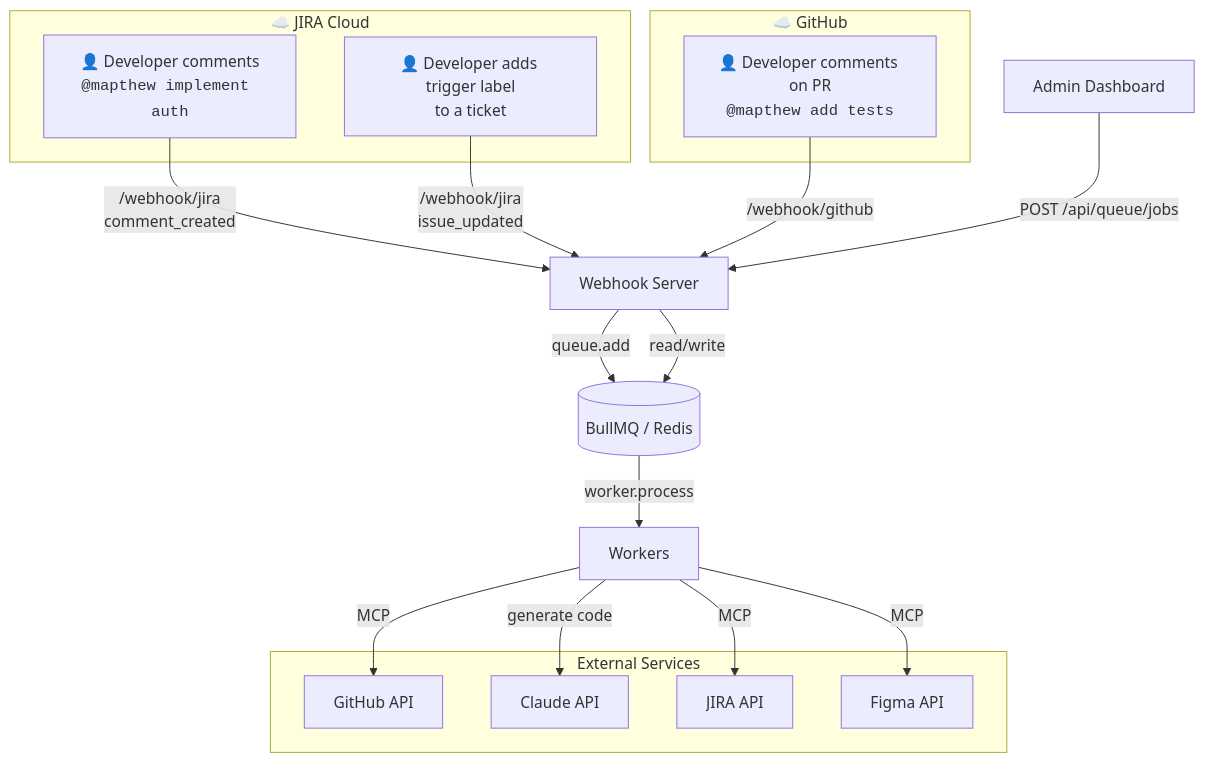
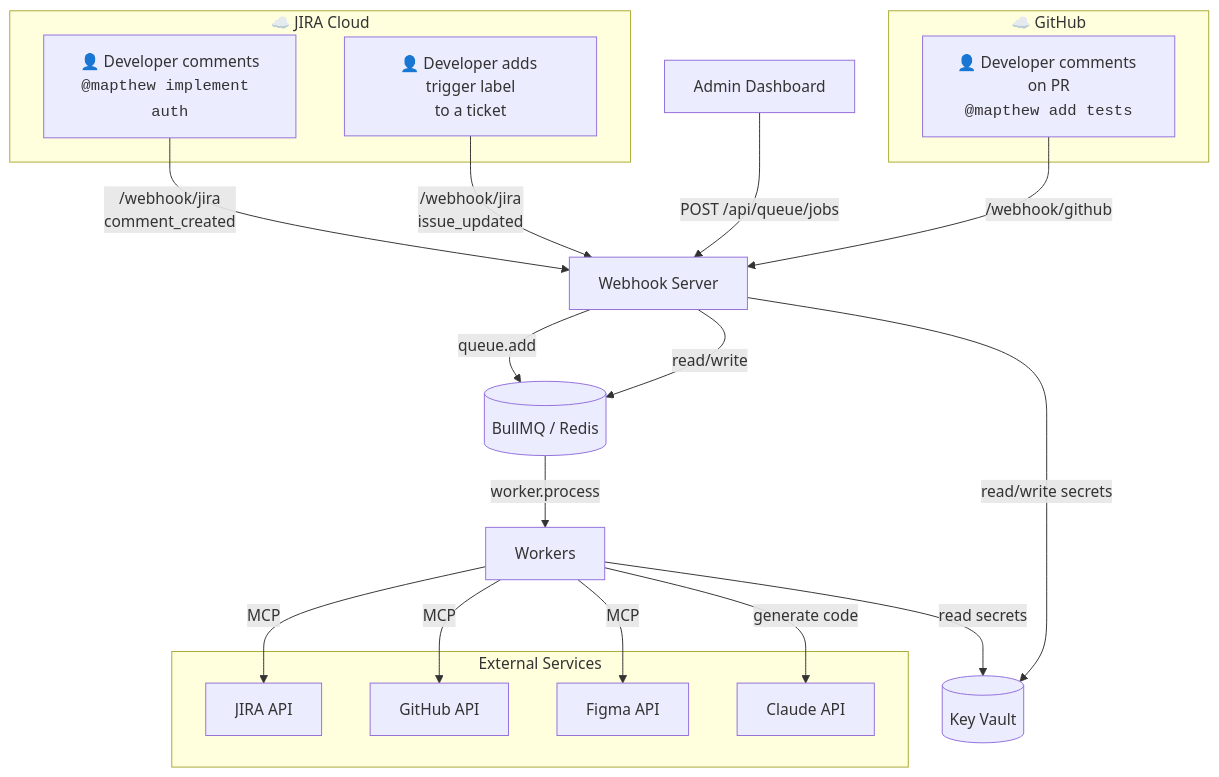
The first of 10 diagrams in docs/architecture.md (mappedin-dev/mapthew), drawn with Mermaid before and after one commit. The commit also changed other lines of this file and 44 other files, not shown here.

First line of the commit message:
feat(keyvault): add Azure Key Vault for secrets management (#23)

````diff
--- a/docs/architecture.md
+++ b/docs/architecture.md
@@ -14,37 +14,41 @@
 ```mermaid
 flowchart TD
     subgraph JIRA["☁️ JIRA Cloud"]
         A[👤 Developer comments<br/><code>@mapthew implement auth</code>]
         L[👤 Developer adds trigger label<br/>to a ticket]
     end
 
     subgraph GitHub["☁️ GitHub"]
         G[👤 Developer comments on PR<br/><code>@mapthew add tests</code>]
     end
 
     B[Webhook Server]
     ADMIN[Admin Dashboard]
 
     C[("BullMQ / Redis")]
     D[Workers]
 
     subgraph External["External Services"]
         H[GitHub API]
         I[Claude API]
         J[JIRA API]
         K[Figma API]
     end
 
+    V[("Key Vault")]
+
     A -->|/webhook/jira<br/>comment_created| B
     L -->|/webhook/jira<br/>issue_updated| B
     G -->|/webhook/github| B
     ADMIN -->|POST /api/queue/jobs| B
     B -->|queue.add| C
     C -->|worker.process| D
     D -->|MCP| J
     D -->|MCP| H
     D -->|MCP| K
     D -->|generate code| I
 
     B -->|read/write| C
+    B -->|read/write secrets| V
+    D -->|read secrets| V
 ```
````
